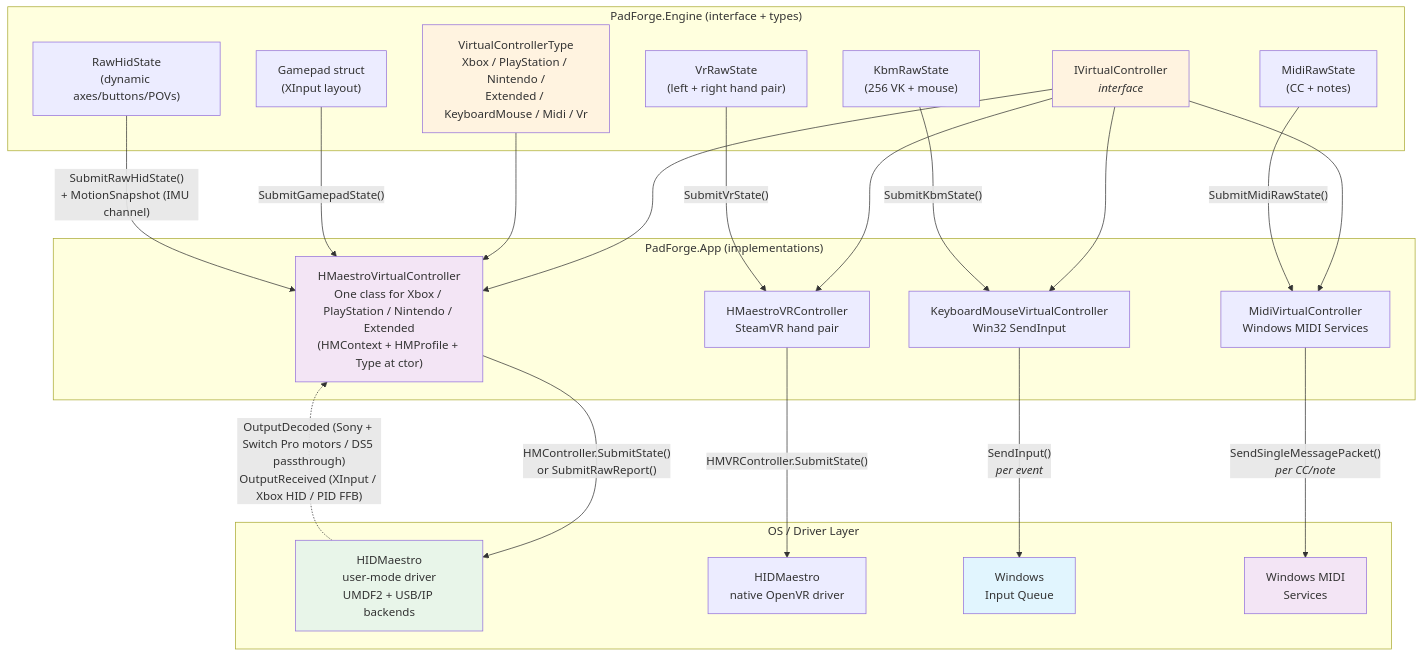
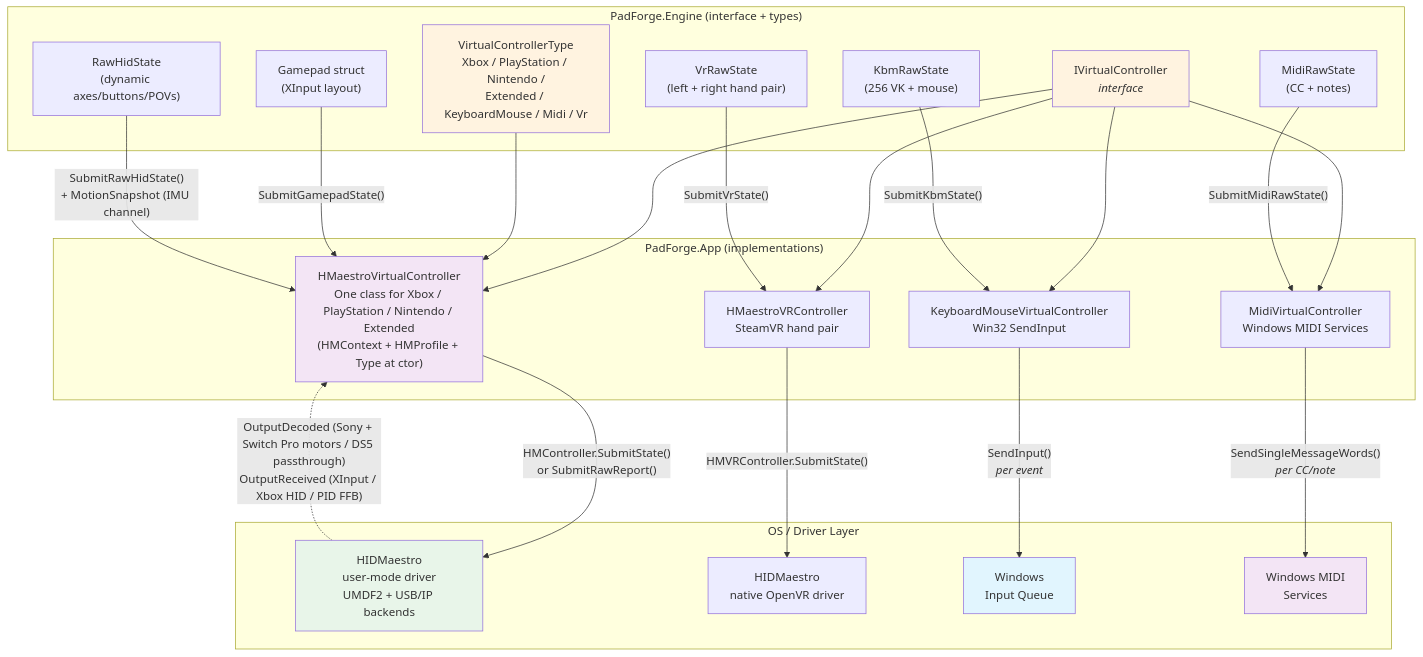
The diagram in wiki/features/virtual-controllers.md (hifihedgehog/padforge.org), drawn with Mermaid before and after one commit. The commit also changed other lines of this file and 80 other files, not shown here.

````diff
--- a/wiki/features/virtual-controllers.md
+++ b/wiki/features/virtual-controllers.md
@@ -20,49 +20,49 @@
 ```mermaid
 graph TB
     subgraph Engine["PadForge.Engine (interface + types)"]
         IVC["IVirtualController<br/><i>interface</i>"]
         VCT["VirtualControllerType<br/>Xbox / PlayStation / Nintendo /<br/>Extended / KeyboardMouse / Midi / Vr"]
         GP["Gamepad struct<br/>(XInput layout)"]
         ERS["RawHidState<br/>(dynamic axes/buttons/POVs)"]
         KRS["KbmRawState<br/>(256 VK + mouse)"]
         MRS["MidiRawState<br/>(CC + notes)"]
         VRS["VrRawState<br/>(left + right hand pair)"]
     end
 
     subgraph App["PadForge.App (implementations)"]
         HMVC["HMaestroVirtualController<br/>One class for Xbox / PlayStation / Nintendo / Extended<br/>(HMContext + HMProfile + Type at ctor)"]
         VRVC["HMaestroVRController<br/>SteamVR hand pair"]
         KBM["KeyboardMouseVirtualController<br/>Win32 SendInput"]
         MIDI["MidiVirtualController<br/>Windows MIDI Services"]
     end
 
     subgraph Drivers["OS / Driver Layer"]
         HM["HIDMaestro<br/>user-mode driver<br/>UMDF2 + USB/IP backends"]
         HMVRD["HIDMaestro<br/>native OpenVR driver"]
         WIN["Windows<br/>Input Queue"]
         WMS["Windows MIDI<br/>Services"]
     end
 
     IVC --> HMVC & VRVC & KBM & MIDI
     VCT --> HMVC
 
     GP -->|"SubmitGamepadState()"| HMVC
     ERS -->|"SubmitRawHidState()<br/>+ MotionSnapshot (IMU channel)"| HMVC
     KRS -->|"SubmitKbmState()"| KBM
     MRS -->|"SubmitMidiRawState()"| MIDI
     VRS -->|"SubmitVrState()"| VRVC
 
     HMVC -->|"HMController.SubmitState()<br/>or SubmitRawReport()"| HM
     VRVC -->|"HMVRController.SubmitState()"| HMVRD
     KBM -->|"SendInput()<br/><i>per event</i>"| WIN
-    MIDI -->|"SendSingleMessagePacket()<br/><i>per CC/note</i>"| WMS
+    MIDI -->|"SendSingleMessageWords()<br/><i>per CC/note</i>"| WMS
 
     HM -.->|"OutputDecoded (Sony + Switch Pro motors / DS5 passthrough)<br/>OutputReceived (XInput / Xbox HID / PID FFB)"| HMVC
 
     style IVC fill:#fff3e0
     style VCT fill:#fff3e0
     style HMVC fill:#f3e5f5
     style HM fill:#e8f5e9
     style WIN fill:#e1f5fe
     style WMS fill:#f3e5f5
 ```
````
